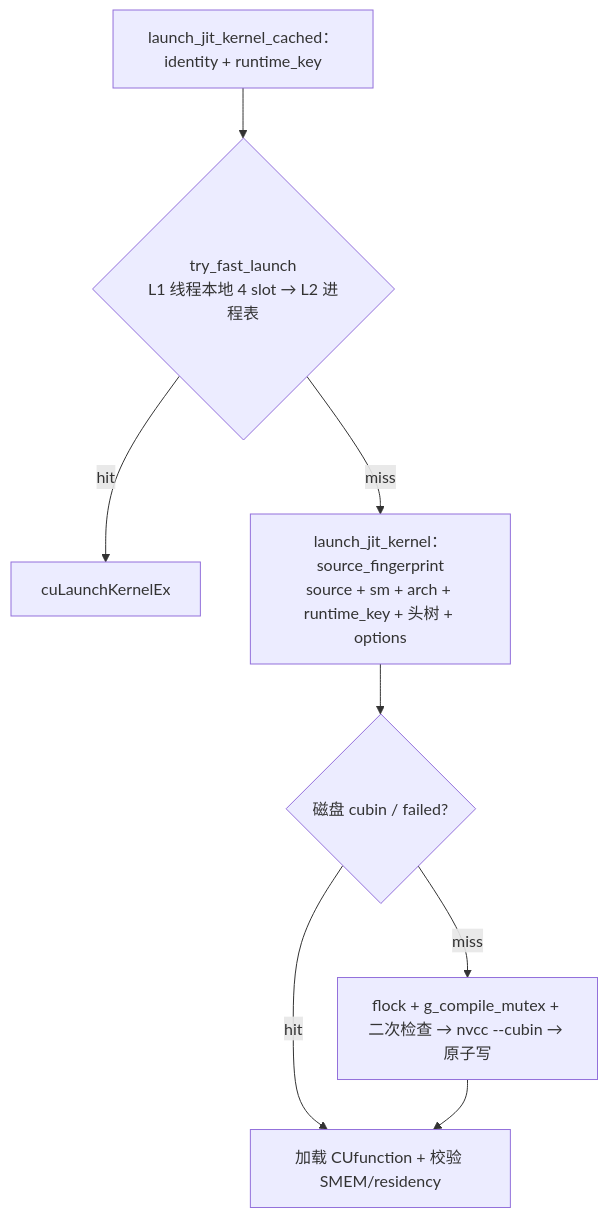
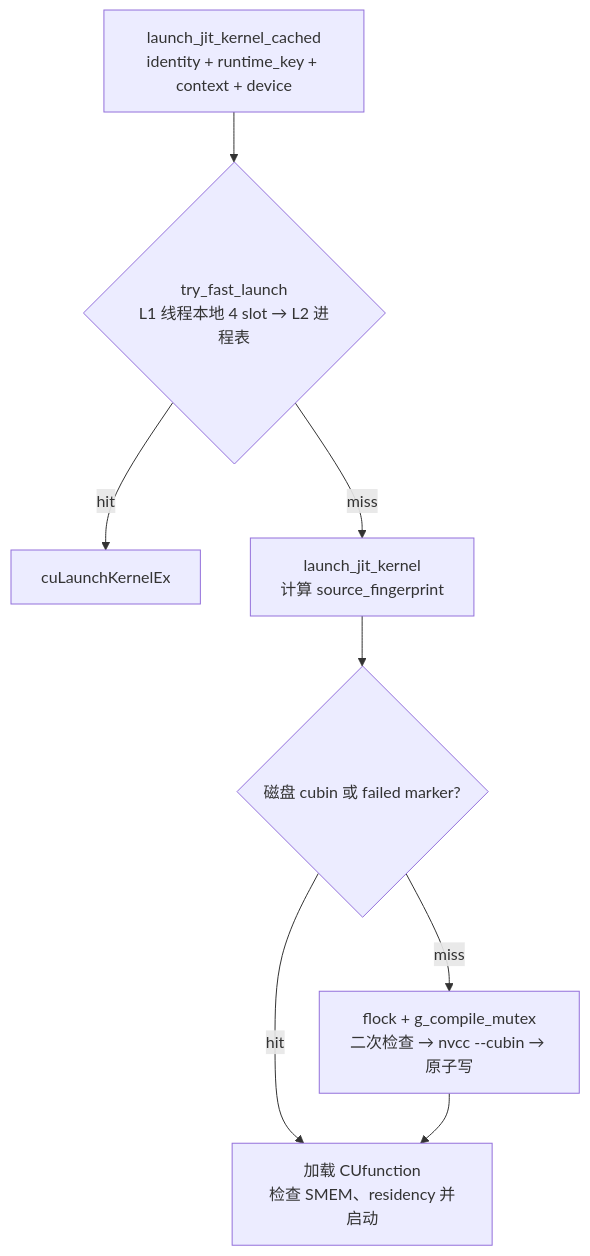
One commit to s0okiym/nccl-extensions changed diagram 12 of 12 in nccl_ep/docs/design_overview.md. Above: the diagram before and after it, drawn with Mermaid. The commit also changed other lines of this file, not shown here.

````diff
--- a/nccl_ep/docs/design_overview.md
+++ b/nccl_ep/docs/design_overview.md
@@ -484,10 +733,10 @@
 ```mermaid
 flowchart TD
-  A["launch_jit_kernel_cached：identity + runtime_key"] --> B{"try_fast_launch<br/>L1 线程本地 4 slot → L2 进程表"}
+  A["launch_jit_kernel_cached<br/>identity + runtime_key + context + device"] --> B{"try_fast_launch<br/>L1 线程本地 4 slot → L2 进程表"}
   B -->|hit| C["cuLaunchKernelEx"]
-  B -->|miss| D["launch_jit_kernel：source_fingerprint<br/>source + sm + arch + runtime_key + 头树 + options"]
-  D --> E{"磁盘 cubin / failed?"}
-  E -->|hit| F["加载 CUfunction + 校验 SMEM/residency"]
-  E -->|miss| G["flock + g_compile_mutex + 二次检查 → nvcc --cubin → 原子写"]
+  B -->|miss| D["launch_jit_kernel<br/>计算 source_fingerprint"]
+  D --> E{"磁盘 cubin 或 failed marker?"}
+  E -->|hit| F["加载 CUfunction<br/>检查 SMEM、residency 并启动"]
+  E -->|miss| G["flock + g_compile_mutex<br/>二次检查 → nvcc --cubin → 原子写"]
   G --> F
 ```
````
